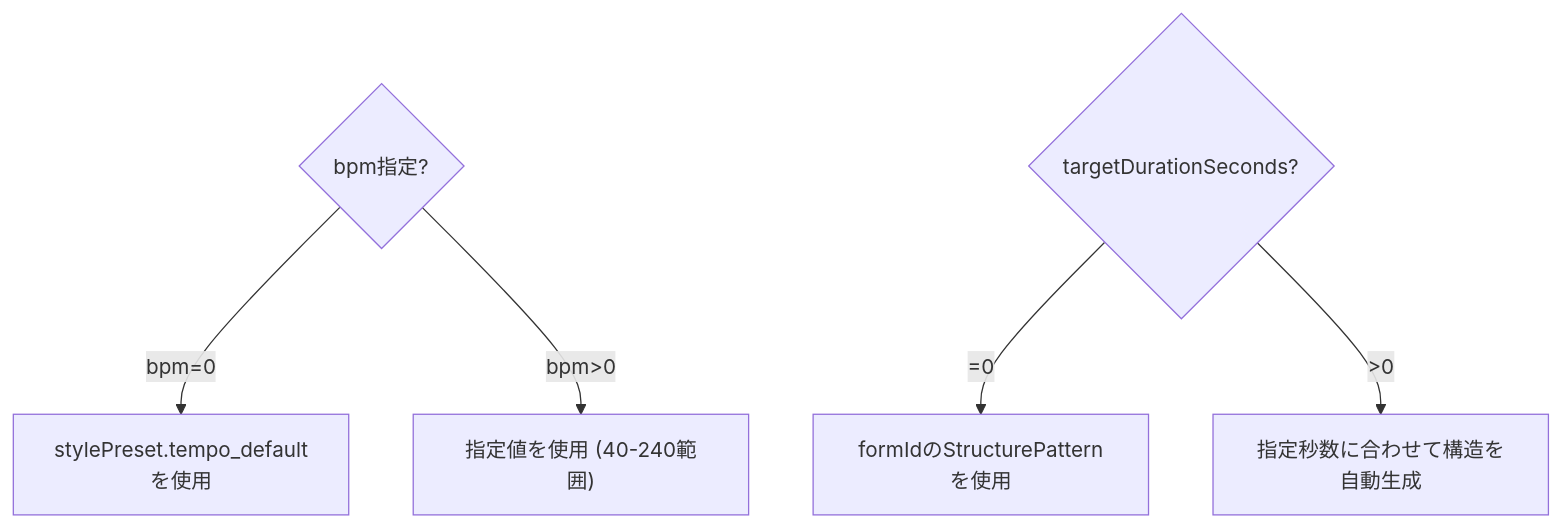
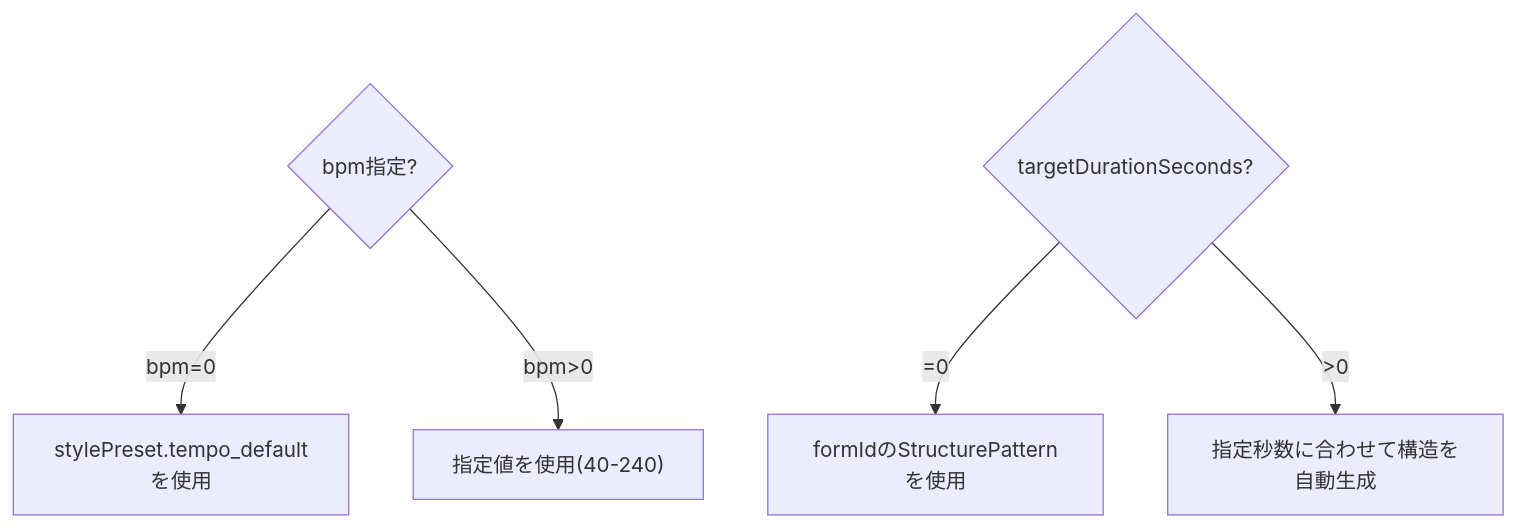
One commit to libraz/midi-sketch-homepage changed the tenth of 10 diagrams in src/ja/docs/option-relationships.md. Above: the diagram before and after it, drawn with Mermaid. The commit also changed other lines of this file and 16 other files, not shown here.

````diff
--- a/src/ja/docs/option-relationships.md
+++ b/src/ja/docs/option-relationships.md
@@ -169,8 +187,8 @@
 ```mermaid
 flowchart TD
     A{bpm指定?} -->|bpm=0| B["stylePreset.tempo_defaultを使用"]
-    A -->|bpm>0| C["指定値を使用 (40-240範囲)"]
+    A -->|bpm>0| C["指定値を使用(40-240)"]
 
     D{targetDurationSeconds?} -->|=0| E["formIdのStructurePatternを使用"]
     D -->|>0| F["指定秒数に合わせて構造を自動生成"]
 ```
````
